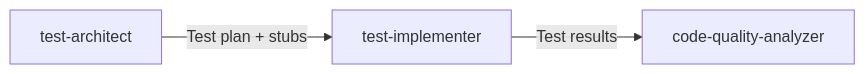
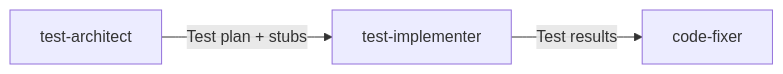
The second of 3 diagrams in docs/AGENT_USAGE_GUIDE.md (mudspot/prometheus-agents), drawn with Mermaid before and after one commit. The commit also changed other lines of this file and 22 other files, not shown here.

````diff
--- a/docs/AGENT_USAGE_GUIDE.md
+++ b/docs/AGENT_USAGE_GUIDE.md
@@ -212,5 +212,5 @@
 ```mermaid
 graph LR
     A[test-architect] -->|Test plan + stubs| B[test-implementer]
-    B -->|Test results| C[code-quality-analyzer]
+    B -->|Test results| C[code-fixer]
 ```
````
